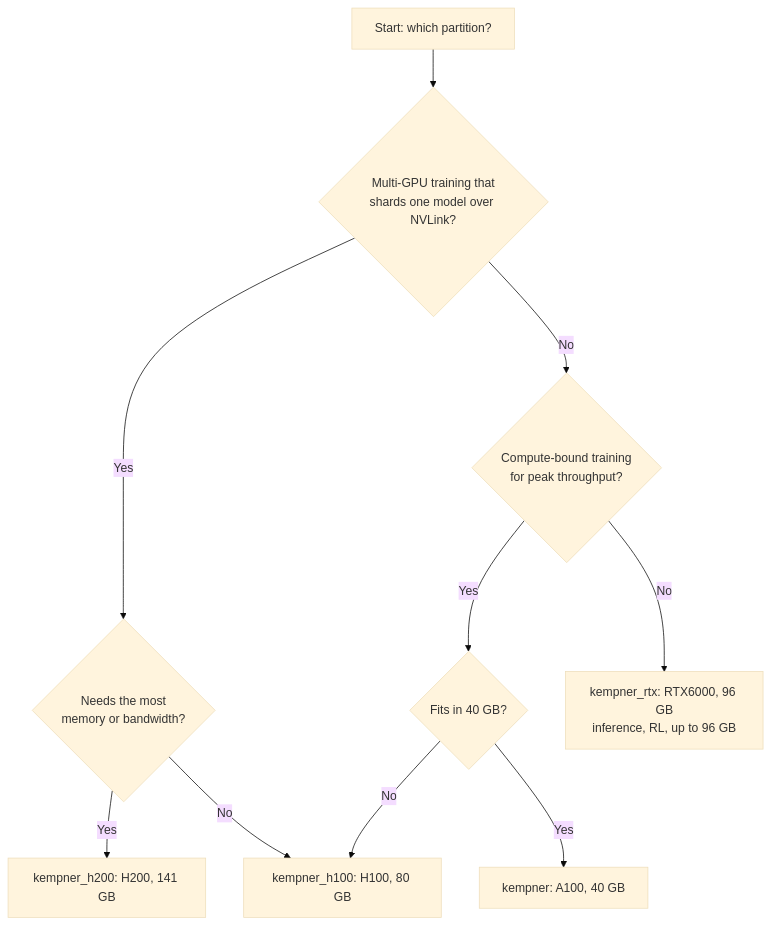
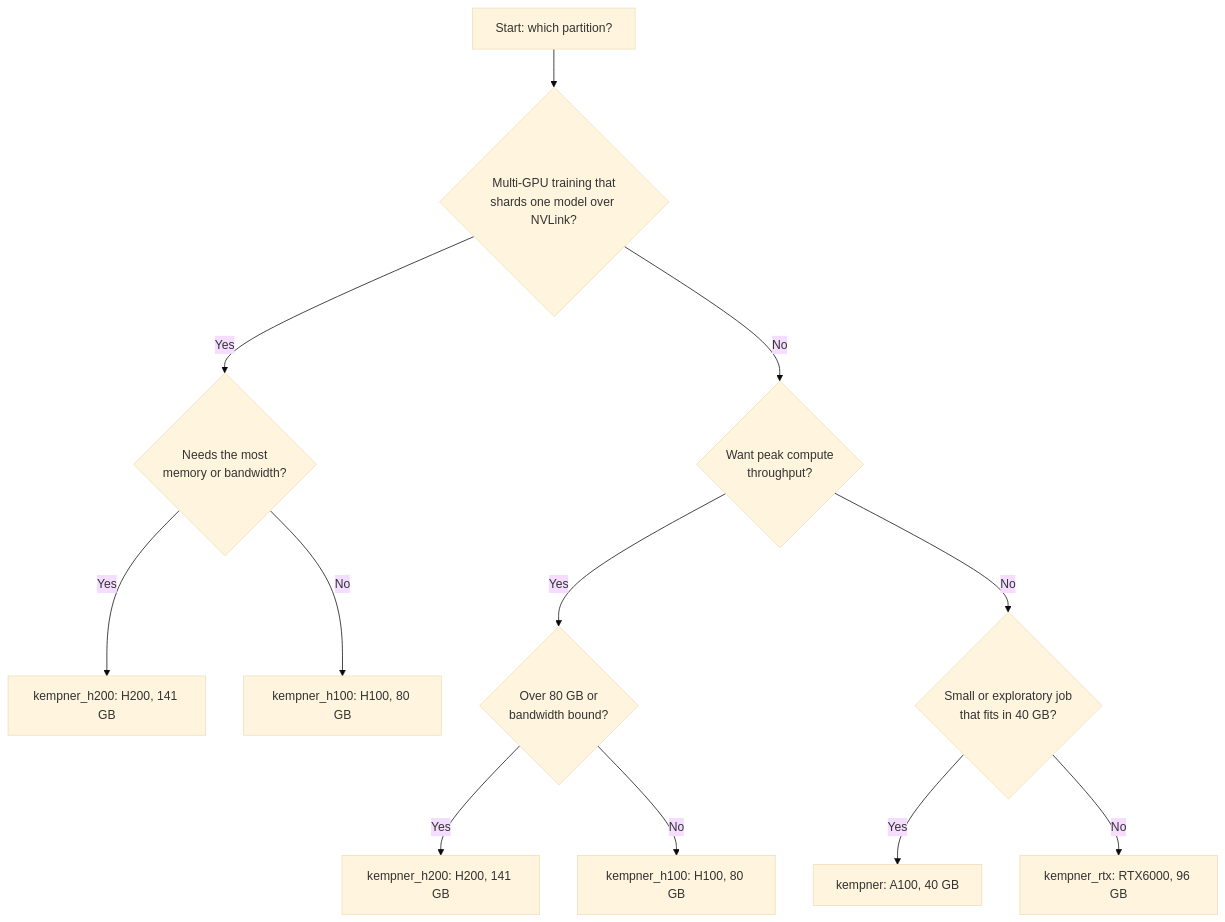
One commit to KempnerInstitute/kempner-computing-handbook changed the diagram in kempner_computing_handbook/technical_blog/choosing_gpu_partition.md. Above: the diagram before and after it, drawn with Mermaid (base theme). The commit also changed other lines of this file and 2 other files, not shown here.

Commit message:
Refine decision flowchart, GPU order, and RTX framing in blog post

````diff
--- a/kempner_computing_handbook/technical_blog/choosing_gpu_partition.md
+++ b/kempner_computing_handbook/technical_blog/choosing_gpu_partition.md
@@ -175,12 +179,14 @@
 ```{mermaid}
 flowchart TD
     A[Start: which partition?] --> B{Multi-GPU training that<br/>shards one model over NVLink?}
     B -->|Yes| C{Needs the most<br/>memory or bandwidth?}
-    C -->|Yes| H200["kempner_h200: H200, 141 GB"]
-    C -->|No| H100["kempner_h100: H100, 80 GB"]
-    B -->|No| D{Compute-bound training<br/>for peak throughput?}
-    D -->|Yes| E{Fits in 40 GB?}
-    E -->|Yes| A100["kempner: A100, 40 GB"]
-    E -->|No| H100
-    D -->|No| RTX["kempner_rtx: RTX6000, 96 GB<br/>inference, RL, up to 96 GB"]
+    C -->|Yes| H200a["kempner_h200: H200, 141 GB"]
+    C -->|No| H100a["kempner_h100: H100, 80 GB"]
+    B -->|No| D{Want peak compute<br/>throughput?}
+    D -->|Yes| E{Over 80 GB or<br/>bandwidth bound?}
+    E -->|Yes| H200b["kempner_h200: H200, 141 GB"]
+    E -->|No| H100b["kempner_h100: H100, 80 GB"]
+    D -->|No| F{Small or exploratory job<br/>that fits in 40 GB?}
+    F -->|Yes| A100["kempner: A100, 40 GB"]
+    F -->|No| RTX["kempner_rtx: RTX6000, 96 GB"]
 ```
````
